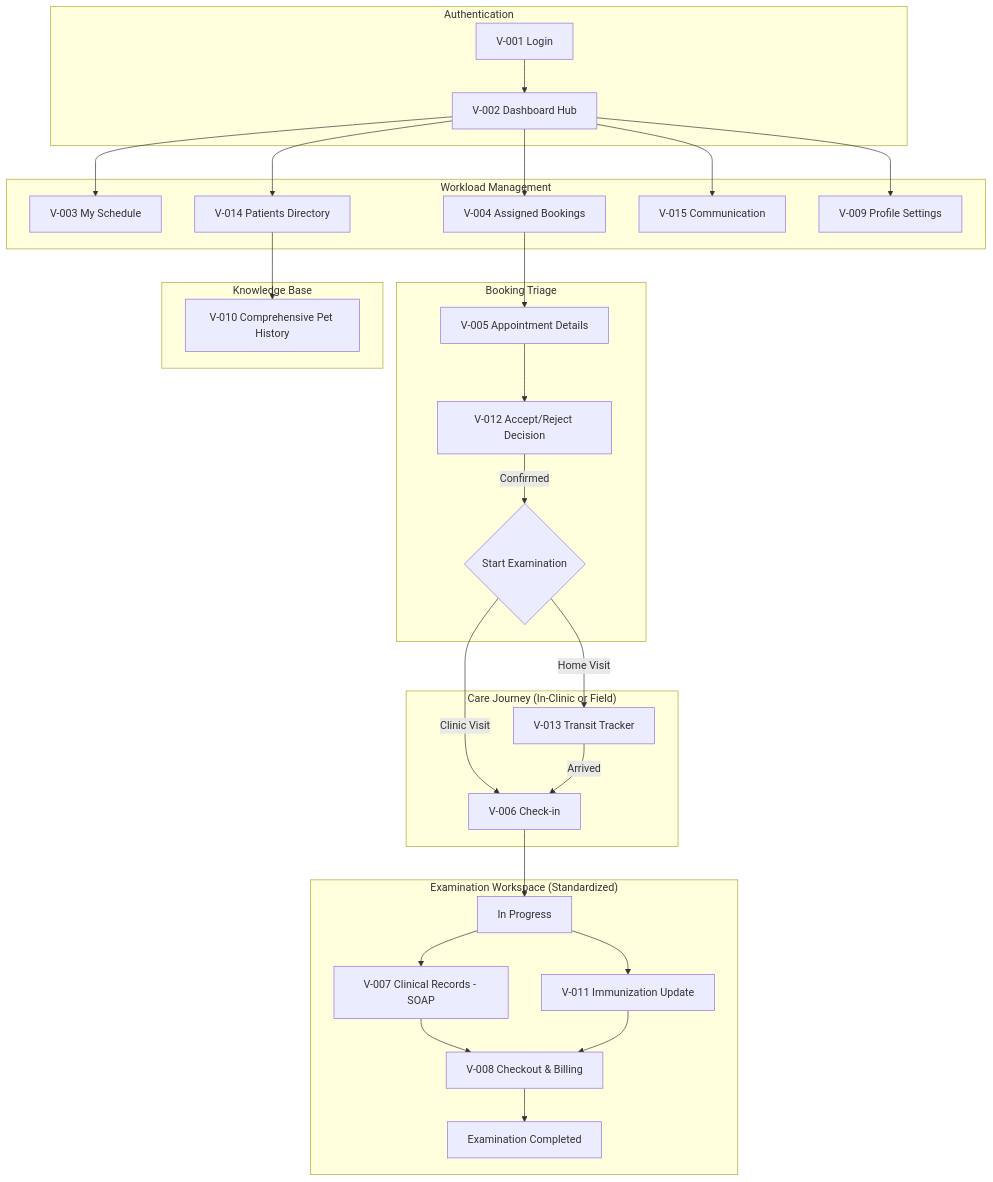
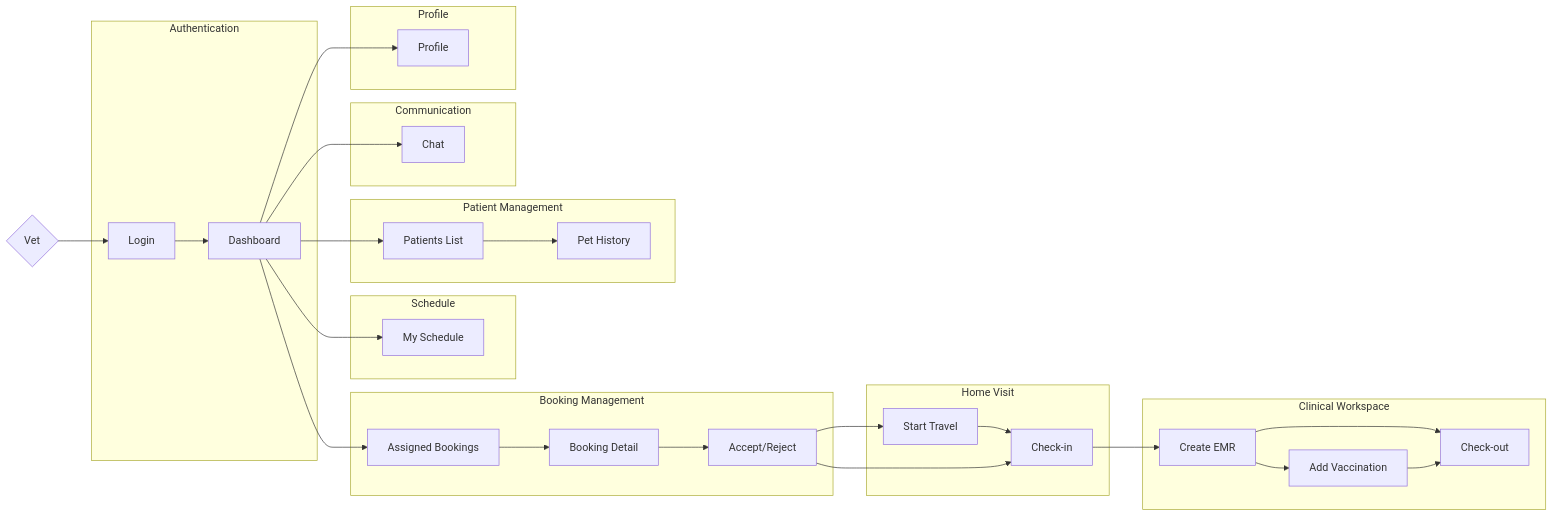
Before and after one commit to espresso23/Petties-Veterinary-Appointment-Booking-Platform: the fourth of 9 diagrams in docs-references/documentation/SRS/PETTIES_SRS.md, drawn with Mermaid. The commit also changed other lines of this file and 2 other files, not shown here.

````diff
--- a/docs-references/documentation/SRS/PETTIES_SRS.md
+++ b/docs-references/documentation/SRS/PETTIES_SRS.md
@@ -392,38 +417,44 @@
 ```mermaid
-flowchart TB
-    subgraph "Authentication"
-        V_LOGIN[V-001 Login] --> V_DASH[V-002 Dashboard Hub]
-    end
-    
-    subgraph "Workload Management"
-        V_DASH --> V_CALENDAR[V-003 My Schedule]
-        V_DASH --> V_LIST[V-004 Assigned Bookings]
-        V_DASH --> V_CLIENTS[V-014 Patients Directory]
-        V_DASH --> V_CHAT[V-015 Communication]
-        V_DASH --> V_PROFILE[V-009 Profile Settings]
-    end
-    
-    subgraph "Booking Triage"
-        V_LIST --> V_DETAIL[V-005 Appointment Details]
-        V_DETAIL --> V_TRIAGE[V-012 Accept/Reject Decision]
-        V_TRIAGE -->|Confirmed| V_START_CARE{Start Examination}
-    end
-    
-    subgraph "Care Journey (In-Clinic or Field)"
-        V_START_CARE -- "Clinic Visit" --> V_CHECKIN[V-006 Check-in]
-        V_START_CARE -- "Home Visit" --> V_TRANSIT[V-013 Transit Tracker]
-        V_TRANSIT -->|Arrived| V_CHECKIN
+flowchart LR
+    VET{Vet} --> V001[Login]
+
+    subgraph Authentication
+        V001 --> V002[Dashboard]
     end
 
-    subgraph "Examination Workspace (Standardized)"
-        V_CHECKIN --> V_EXAM[In Progress]
-        V_EXAM --> V_SOAP[V-007 Clinical Records - SOAP]
-        V_EXAM --> V_VAC[V-011 Immunization Update]
-        V_SOAP & V_VAC --> V_CHECKOUT[V-008 Checkout & Billing]
-        V_CHECKOUT --> V_FINISH[Examination Completed]
+    subgraph Schedule
+        V002 --> V003[My Schedule]
     end
-    
-    subgraph "Knowledge Base"
-        V_CLIENTS --> V_RECORD[V-010 Comprehensive Pet History]
+
+    subgraph Booking_Management[Booking Management]
+        V002 --> V004[Assigned Bookings]
+        V004 --> V005[Booking Detail]
+        V005 --> V012[Accept/Reject]
+    end
+
+    subgraph Home_Visit[Home Visit]
+        V012 --> V013[Start Travel]
+        V013 --> V006[Check-in]
+    end
+
+    subgraph Clinical_Workspace[Clinical Workspace]
+        V012 --> V006
+        V006 --> V007[Create EMR]
+        V007 --> V011[Add Vaccination]
+        V007 --> V008[Check-out]
+        V011 --> V008
+    end
+
+    subgraph Patient_Management[Patient Management]
+        V002 --> V014[Patients List]
+        V014 --> V010[Pet History]
+    end
+
+    subgraph Communication
+        V002 --> V015[Chat]
+    end
+
+    subgraph Profile
+        V002 --> V009[Profile]
     end
 ```
````
